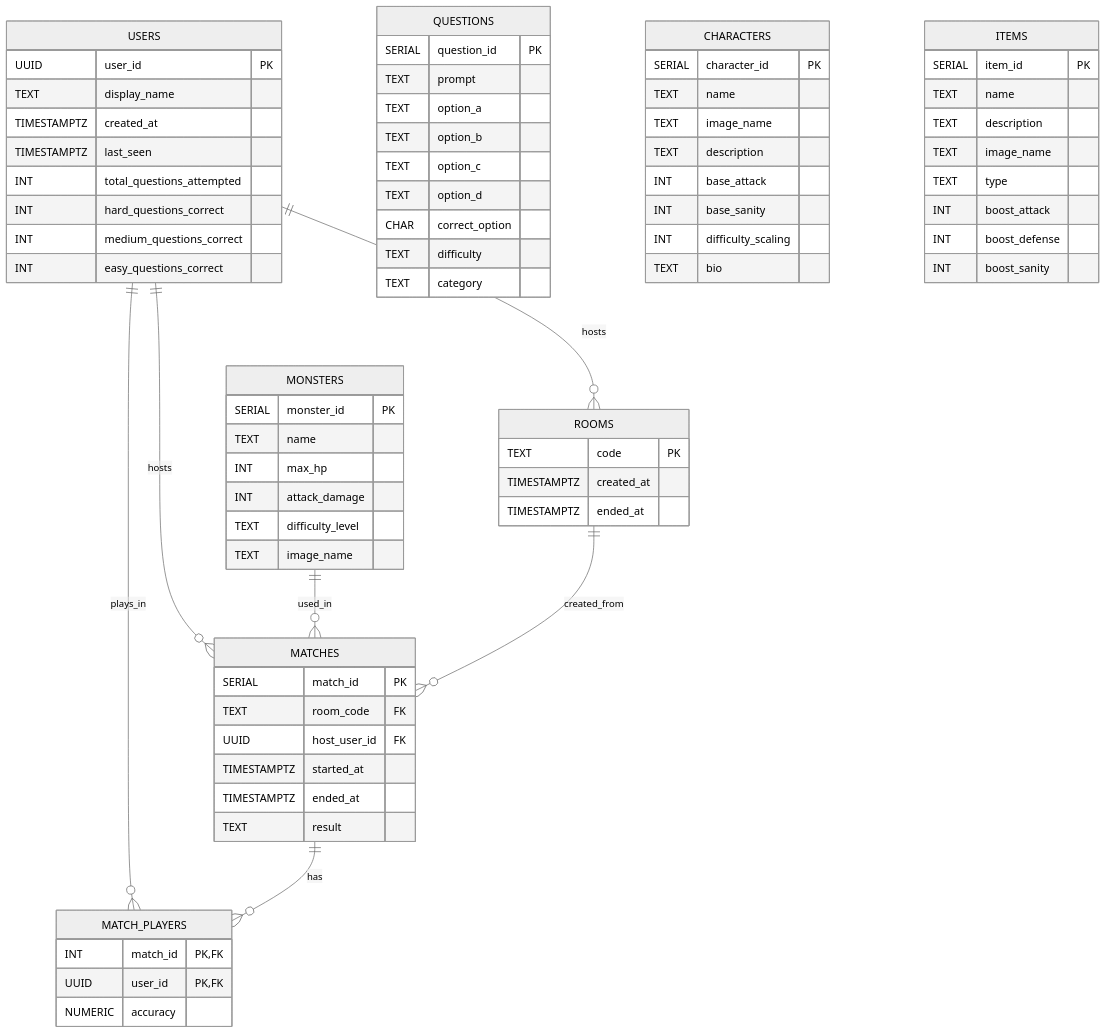
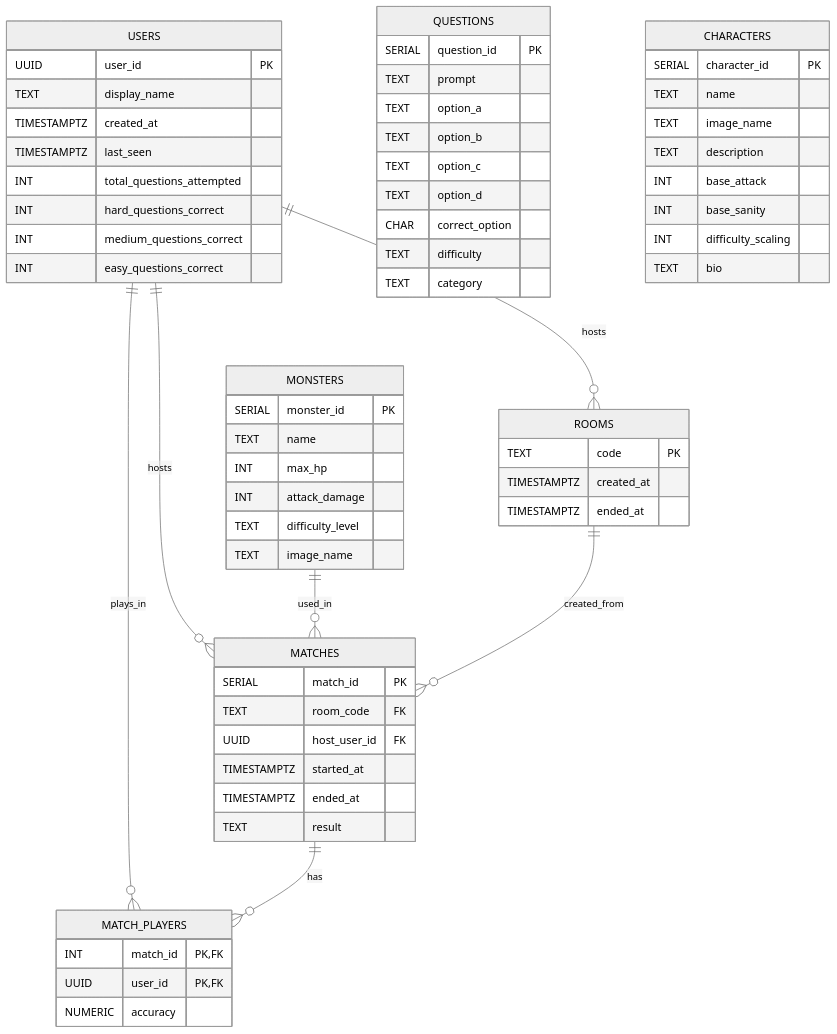
The diagram in README.md (yerayafonso/eldritch-backend), drawn with Mermaid (neutral theme) before and after one commit. The commit also changed other lines of this file, not shown here.

```diff
--- a/README.md
+++ b/README.md
@@ -231,17 +242,6 @@
     NUMERIC accuracy
   }
 
-ITEMS {
-  SERIAL item_id PK
-  TEXT name
-  TEXT description
-  TEXT image_name
-  TEXT type
-  INT boost_attack
-  INT boost_defense
-  INT boost_sanity
-}
-
   %% Relationships
   USERS ||--o{ ROOMS : hosts
   USERS ||--o{ MATCHES : hosts
```
